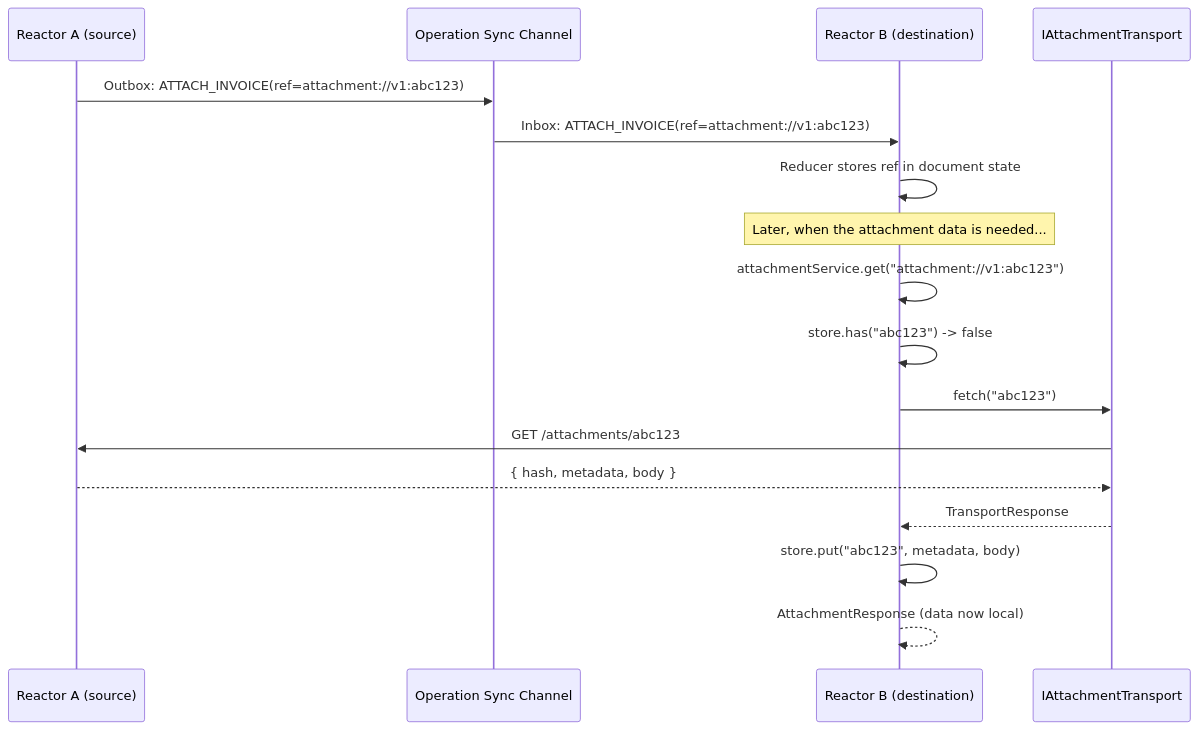
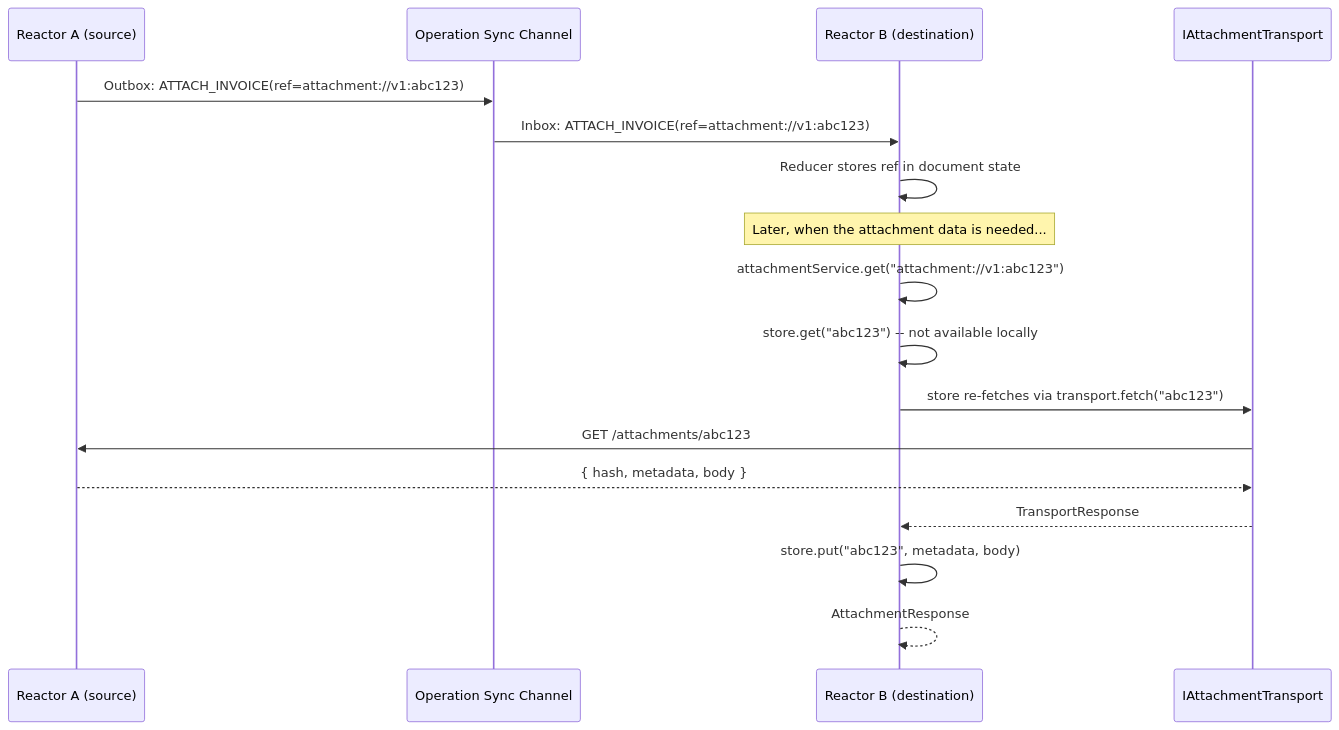
One commit to powerhouse-inc/powerhouse changed the third of 6 diagrams in packages/reactor/docs/attachments.md. Above: the diagram before and after it, drawn with Mermaid. The commit also changed other lines of this file, not shown here.

````diff
--- a/packages/reactor/docs/attachments.md
+++ b/packages/reactor/docs/attachments.md
@@ -450,22 +453,22 @@
 ```mermaid
 sequenceDiagram
     participant ReactorA as Reactor A (source)
     participant SyncChannel as Operation Sync Channel
     participant ReactorB as Reactor B (destination)
     participant Transport as IAttachmentTransport
 
     ReactorA->>SyncChannel: Outbox: ATTACH_INVOICE(ref=attachment://v1:abc123)
     SyncChannel->>ReactorB: Inbox: ATTACH_INVOICE(ref=attachment://v1:abc123)
     ReactorB->>ReactorB: Reducer stores ref in document state
 
     Note over ReactorB: Later, when the attachment data is needed...
 
     ReactorB->>ReactorB: attachmentService.get("attachment://v1:abc123")
-    ReactorB->>ReactorB: store.has("abc123") -> false
-    ReactorB->>Transport: fetch("abc123")
+    ReactorB->>ReactorB: store.get("abc123") -- not available locally
+    ReactorB->>Transport: store re-fetches via transport.fetch("abc123")
     Transport->>ReactorA: GET /attachments/abc123
     ReactorA-->>Transport: { hash, metadata, body }
     Transport-->>ReactorB: TransportResponse
     ReactorB->>ReactorB: store.put("abc123", metadata, body)
-    ReactorB-->>ReactorB: AttachmentResponse (data now local)
+    ReactorB-->>ReactorB: AttachmentResponse
 ```
````
